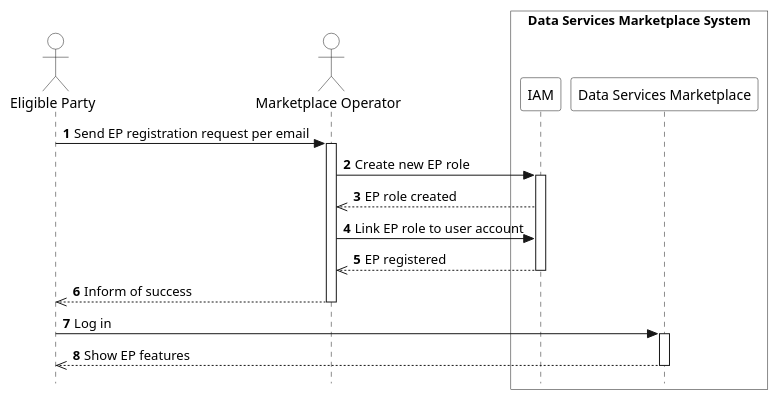
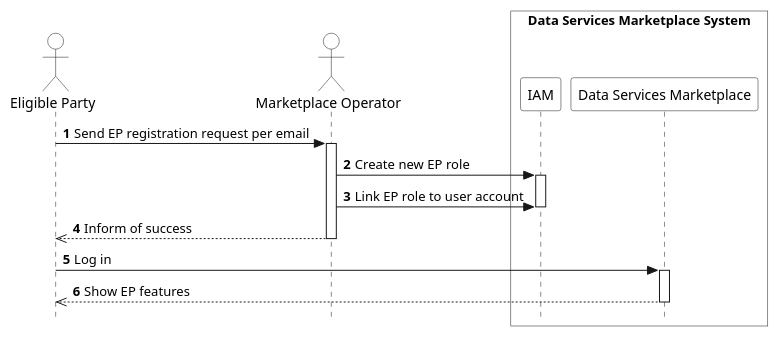
One commit to eddie-energy/architecture changed the diagram in arc42/marketplace/runtime-view/figures/marketplace-register-ep.puml. Above: the diagram before and after it, drawn with PlantUML. The commit also changed 14 other files, not shown here.

Commit message:
Part of #121: update runtime-view and deployment-view diagrams

```diff
--- a/arc42/marketplace/runtime-view/figures/marketplace-register-ep.puml
+++ b/arc42/marketplace/runtime-view/figures/marketplace-register-ep.puml
@@ -1,36 +1,35 @@
 @startuml marketplace-register-ep
 
 skinparam style strictuml
 skinparam sequence {
   ParticipantBackgroundColor transparent
   ActorBackgroundColor transparent
 }
 
 autonumber
 !pragma teoz true
 
 actor "Eligible Party" as ep
 actor "Marketplace Operator" as operator
 
 box "Data Services Marketplace System" #transparent
   participant "IAM" as iam
   participant "Data Services Marketplace" as marketplace
 end box
 
 ep -> operator : Send EP registration request per email
 activate operator
 operator -> iam : Create new EP role
 activate iam
-iam -->> operator : EP role created
 operator -> iam : Link EP role to user account
-iam -->> operator : EP registered
+
 deactivate iam
 operator -->> ep : Inform of success
 deactivate operator
 ep -> marketplace : Log in
 activate marketplace
 marketplace -->> ep: Show EP features
 deactivate marketplace
 
 
 @enduml
```
